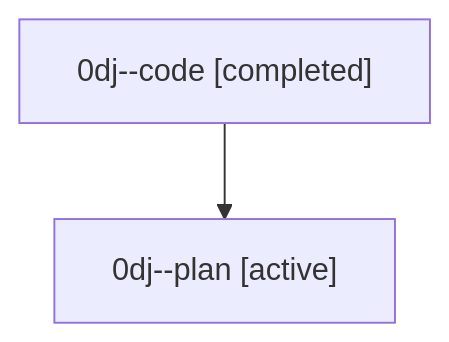
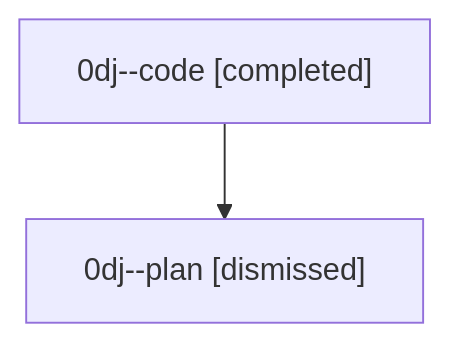
The diagram in sessions/bbugyi200.athena.0dj.md (sase-org/sase--agents), drawn with Mermaid before and after one commit. The commit also changed other lines of this file and 27 other files, not shown here.

````diff
--- a/sessions/bbugyi200.athena.0dj.md
+++ b/sessions/bbugyi200.athena.0dj.md
@@ -9,6 +9,6 @@
 ```mermaid
 flowchart TD
   n0["0dj--code [completed]"]
-  n1["0dj--plan [active]"]
+  n1["0dj--plan [dismissed]"]
   n0 --> n1
 ```
````
